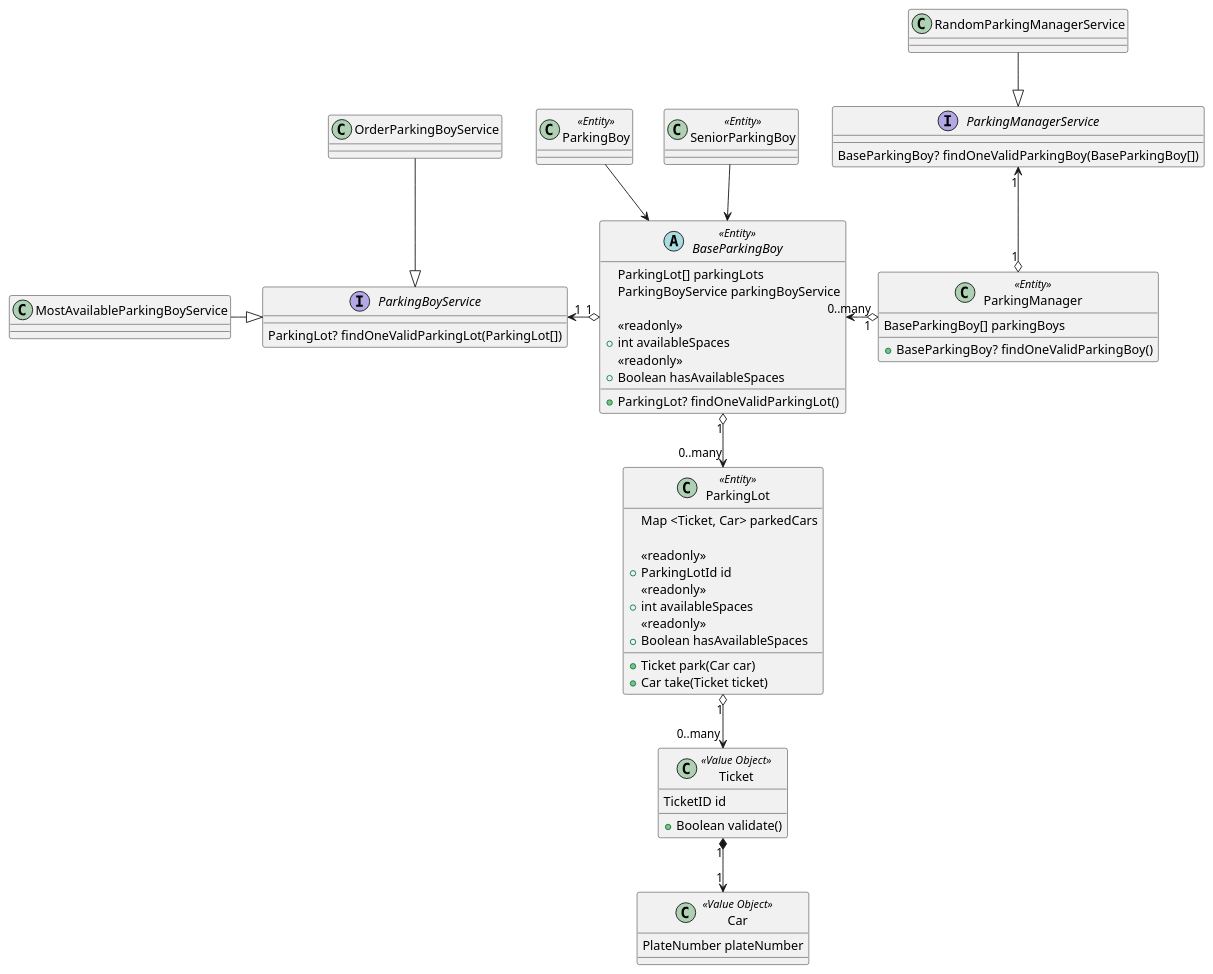
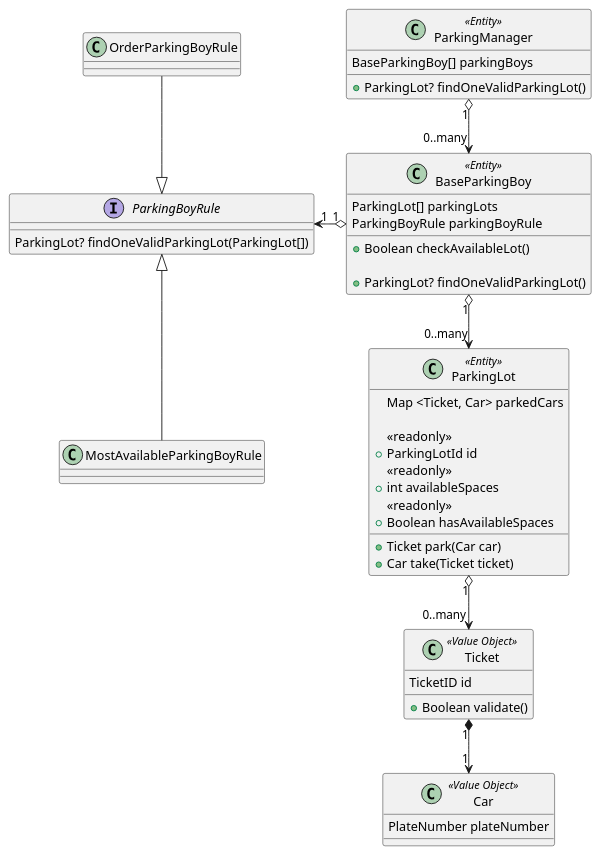
One commit to scglwsj/ddd-learning changed the diagram in Parking.puml. Above: the diagram before and after it, drawn with PlantUML. The commit also changed 35 other files, not shown here.

```diff
--- a/Parking.puml
+++ b/Parking.puml
@@ -1,70 +1,55 @@
 @startuml parking
 
-interface ParkingBoyService {
+interface ParkingBoyRule {
   ParkingLot? findOneValidParkingLot(ParkingLot[])
 }
 
-interface ParkingManagerService {
-  BaseParkingBoy? findOneValidParkingBoy(BaseParkingBoy[])
-}
+class OrderParkingBoyRule
+class MostAvailableParkingBoyRule
 
-class OrderParkingBoyService
-class MostAvailableParkingBoyService
-class RandomParkingManagerService
+class BaseParkingBoy << Entity >> {
+  ParkingLot[] parkingLots
+  ParkingBoyRule parkingBoyRule
 
-abstract class BaseParkingBoy << Entity >> {
-  ParkingLot[] parkingLots
-  ParkingBoyService parkingBoyService
-
-  <<readonly>>
-  + int availableSpaces
-  <<readonly>>
-  + Boolean hasAvailableSpaces
+  + Boolean checkAvailableLot()
 
   + ParkingLot? findOneValidParkingLot()
 }
-
-class ParkingBoy << Entity >>
-class SeniorParkingBoy << Entity >>
 
 class ParkingLot << Entity >> {
   Map <Ticket, Car> parkedCars
 
   <<readonly>>
   + ParkingLotId id
   <<readonly>>
   + int availableSpaces
   <<readonly>>
   + Boolean hasAvailableSpaces
 
   + Ticket park(Car car)
   + Car take(Ticket ticket)
 }
 
 class Car << Value Object >> {
     PlateNumber plateNumber
 }
 
 class Ticket << Value Object >> {
   TicketID id
   + Boolean validate()
 }
 
 class ParkingManager << Entity >> {
   BaseParkingBoy[] parkingBoys
-  + BaseParkingBoy? findOneValidParkingBoy()
+  + ParkingLot? findOneValidParkingLot()
 }
 
 Ticket "1" *--> "1" Car
 ParkingLot "1" o--> "0..many" Ticket
 BaseParkingBoy "1" o--> "0..many" ParkingLot
-OrderParkingBoyService --|> ParkingBoyService
-MostAvailableParkingBoyService -|> ParkingBoyService
-RandomParkingManagerService --|> ParkingManagerService
-BaseParkingBoy "1" o-left-> "1" ParkingBoyService
-ParkingBoy --> BaseParkingBoy
-SeniorParkingBoy --> BaseParkingBoy
-ParkingManager "1" o-left-> "0..many" BaseParkingBoy
-ParkingManager "1" o-up-> "1" ParkingManagerService
+OrderParkingBoyRule --|> ParkingBoyRule
+MostAvailableParkingBoyRule -up-|> ParkingBoyRule
+BaseParkingBoy "1" o-left-> "1" ParkingBoyRule
+ParkingManager "1" o--> "0..many" BaseParkingBoy
 
 @enduml
```
